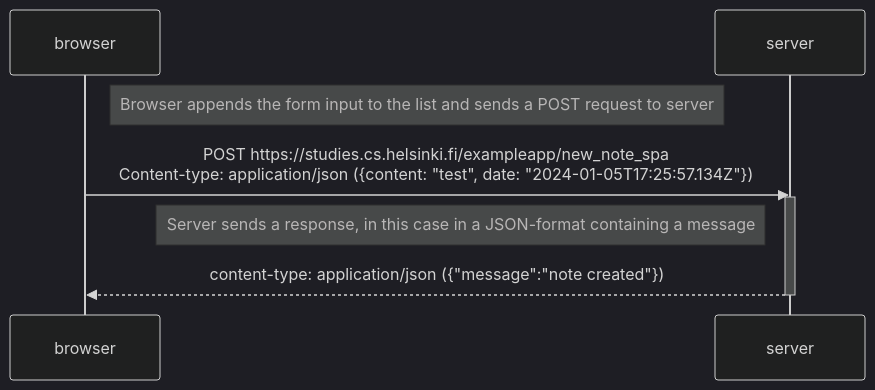
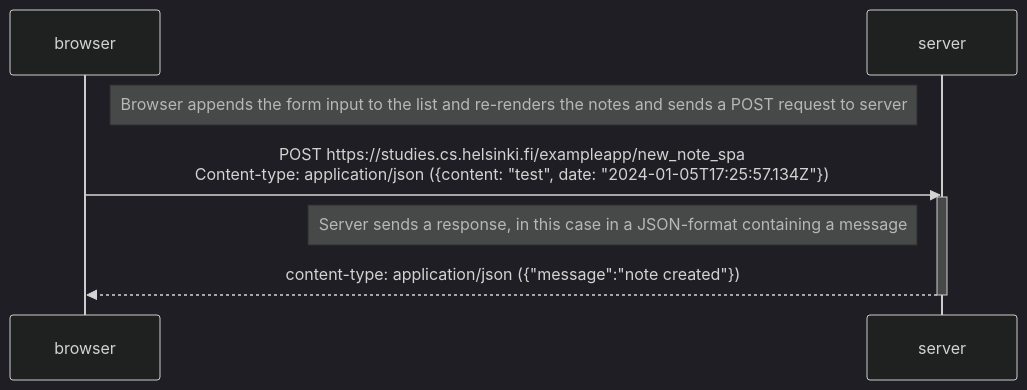
The diagram in part0/0.6/README.md (gnalbat/fso-submission), drawn with Mermaid (dark theme) before and after one commit.

````diff
--- a/part0/0.6/README.md
+++ b/part0/0.6/README.md
@@ -4,12 +4,12 @@
 ```mermaid
 sequenceDiagram
     participant browser
     participant server
 
-    Note right of browser: Browser appends the form input to the list and sends a POST request to server
+    Note right of browser: Browser appends the form input to the list and re-renders the notes and sends a POST request to server
     browser->>server: POST https://studies.cs.helsinki.fi/exampleapp/new_note_spa <br>Content-type: application/json ({content:	"test", date:	"2024-01-05T17:25:57.134Z"})
     activate server
     Note left of server: Server sends a response, in this case in a JSON-format containing a message
     server-->>browser: content-type: application/json ({"message":"note created"})
     deactivate server
 ```
````
